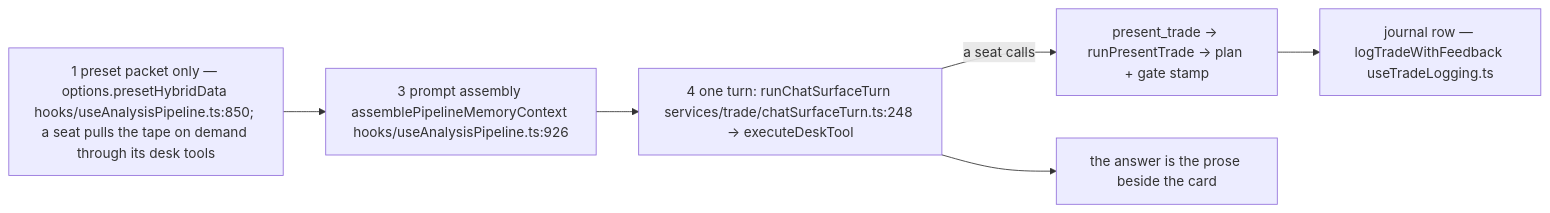
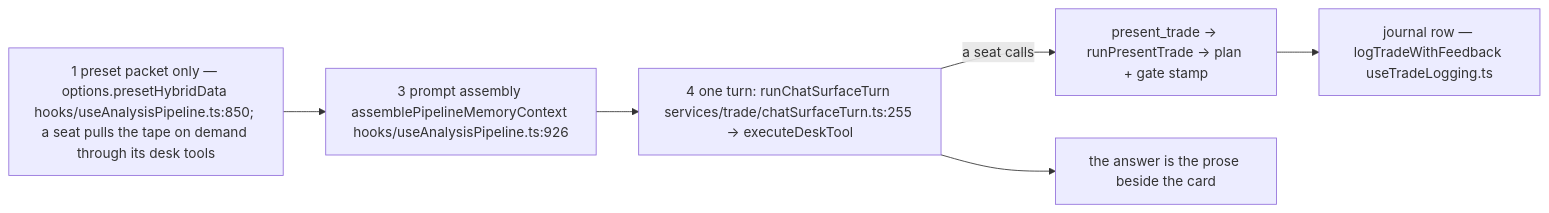
The third of 8 diagrams in docs/app-flow.md (Acepay25/august-3.5), drawn with Mermaid before and after one commit. The commit also changed other lines of this file and 7 other files, not shown here.

````diff
--- a/docs/app-flow.md
+++ b/docs/app-flow.md
@@ -260,8 +260,8 @@
 ```mermaid
 flowchart LR
     S1["1 preset packet only — options.presetHybridData hooks/useAnalysisPipeline.ts:850; a seat pulls the tape on demand through its desk tools"] --> S3["3 prompt assembly assemblePipelineMemoryContext hooks/useAnalysisPipeline.ts:926"]
-    S3 --> S4["4 one turn: runChatSurfaceTurn services/trade/chatSurfaceTurn.ts:248 → executeDeskTool"]
+    S3 --> S4["4 one turn: runChatSurfaceTurn services/trade/chatSurfaceTurn.ts:255 → executeDeskTool"]
     S4 -->|a seat calls| PT["present_trade → runPresentTrade → plan + gate stamp"]
     PT --> JR["journal row — logTradeWithFeedback useTradeLogging.ts"]
     S4 --> ANS["the answer is the prose beside the card"]
 ```
````
